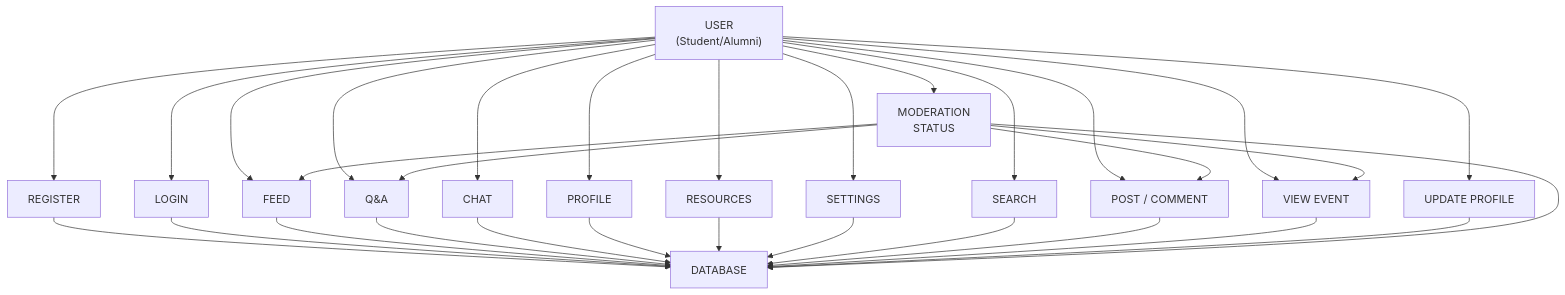
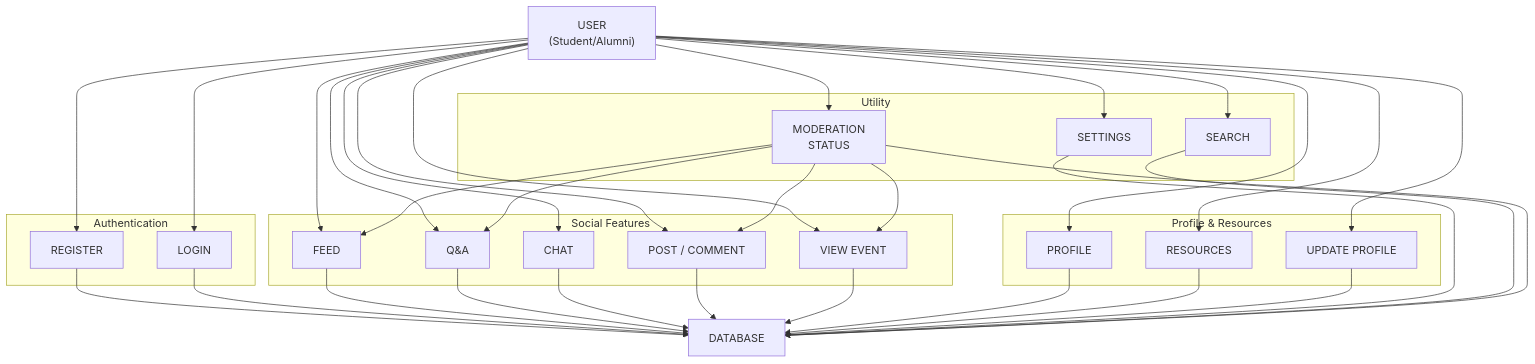
The first of 2 diagrams in modules_documentation/Methodology.md (HackyCoder0951/focus-hub-design-899f45ae), drawn with Mermaid before and after one commit.

Commit message:
Refactor Methodology documentation mermaid diagram to enhance clarity and organization
- Restructured the diagram into distinct subgraphs for Authentication, Social Features, Profile & Resources, and Utility, improving the logical flow of user processes.
- Updated connections to the database to reflect the new organization, ensuring a clearer representation of user interactions.

````diff
--- a/modules_documentation/Methodology.md
+++ b/modules_documentation/Methodology.md
@@ -1,57 +1,69 @@
 ```mermaid
-flowchart TD
-    %% Actor
+flowchart TB
     User["USER<br/>(Student/Alumni)"]
 
-    %% User Processes
-    Register["REGISTER"]
-    Login["LOGIN"]
-    Feed["FEED"]
-    QandA["Q&A"]
-    Chat["CHAT"]
-    Profile["PROFILE"]
-    Resources["RESOURCES"]
-    Settings["SETTINGS"]
-    Search["SEARCH"]
-    PostComment["POST / COMMENT"]
-    ViewEvent["VIEW EVENT"]
-    UpdateProfile["UPDATE PROFILE"]
-    Moderation["MODERATION<br/>STATUS"]
+    %% Authentication
+    subgraph Auth [Authentication]
+      Register["REGISTER"]
+      Login["LOGIN"]
+    end
 
-    %% Data Store
+    %% Social
+    subgraph Social [Social Features]
+      Feed["FEED"]
+      QandA["Q&A"]
+      Chat["CHAT"]
+      PostComment["POST / COMMENT"]
+      ViewEvent["VIEW EVENT"]
+    end
+
+    %% Profile & Resources
+    subgraph ProfileRes [Profile & Resources]
+      Profile["PROFILE"]
+      Resources["RESOURCES"]
+      UpdateProfile["UPDATE PROFILE"]
+    end
+
+    %% Utility
+    subgraph Utility [Utility]
+      Settings["SETTINGS"]
+      Search["SEARCH"]
+      Moderation["MODERATION<br/>STATUS"]
+    end
+
     Database["DATABASE"]
 
     %% Flows
     User --> Register
     User --> Login
     User --> Feed
     User --> QandA
     User --> Chat
+    User --> PostComment
+    User --> ViewEvent
     User --> Profile
     User --> Resources
+    User --> UpdateProfile
     User --> Settings
     User --> Search
-    User --> PostComment
-    User --> ViewEvent
-    User --> UpdateProfile
     User --> Moderation
 
     Register --> Database
     Login --> Database
     Feed --> Database
     QandA --> Database
     Chat --> Database
+    PostComment --> Database
+    ViewEvent --> Database
     Profile --> Database
     Resources --> Database
+    UpdateProfile --> Database
     Settings --> Database
     Search --> Database
-    PostComment --> Database
-    ViewEvent --> Database
-    UpdateProfile --> Database
     Moderation --> Database
 
     Moderation --> PostComment
     Moderation --> Feed
     Moderation --> QandA
     Moderation --> ViewEvent
 ```
````
